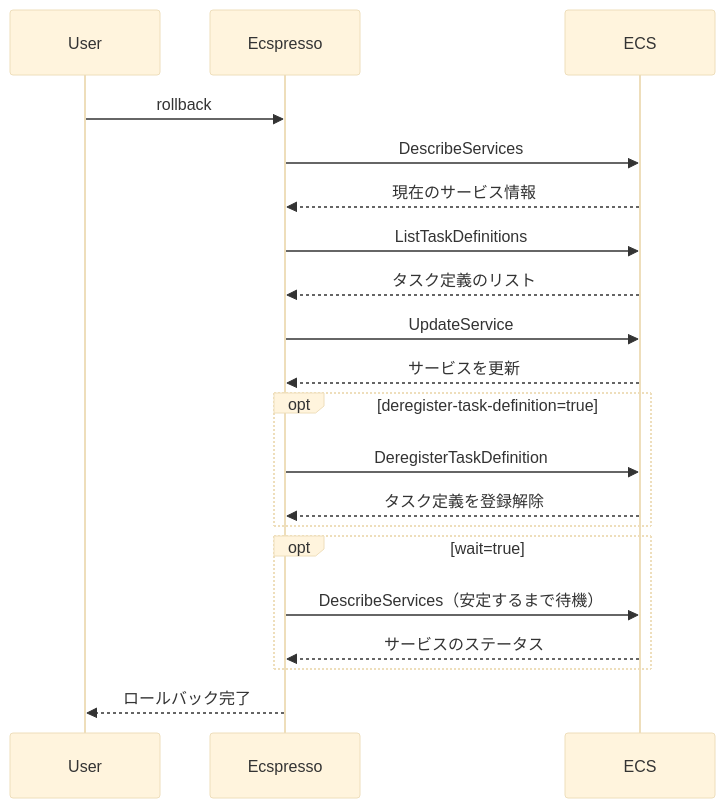
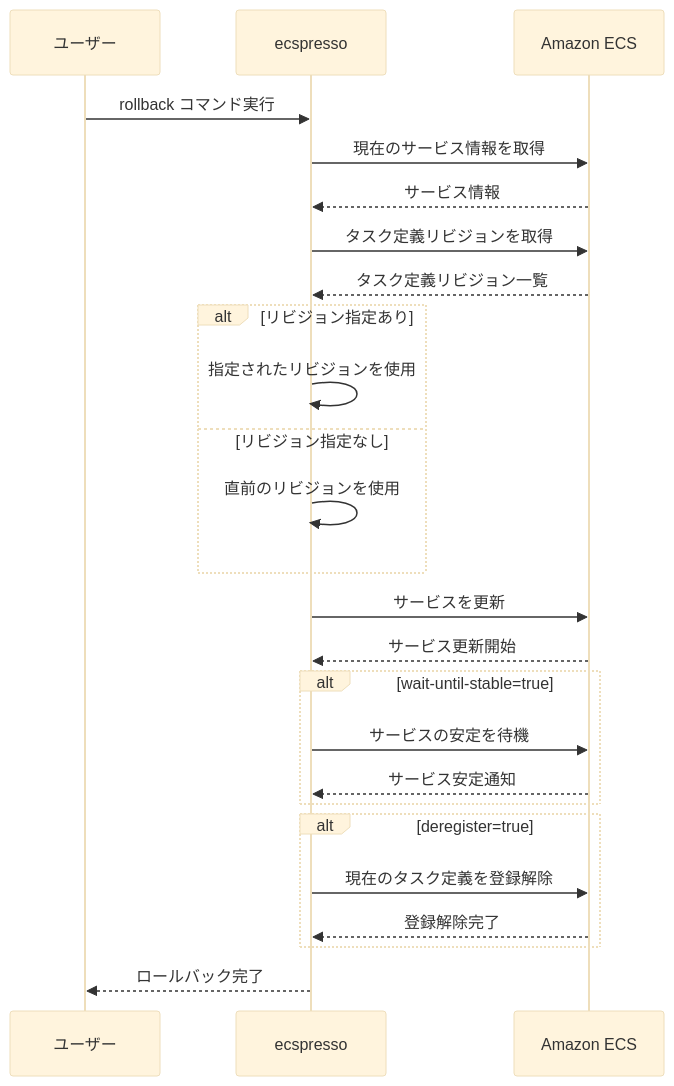
Before and after one commit to bufferings/devin-docs: the diagram in ecspresso/commands/rollback.md, drawn with Mermaid (base theme). The commit also changed other lines of this file and 31 other files, not shown here.

````diff
--- a/ecspresso/commands/rollback.md
+++ b/ecspresso/commands/rollback.md
@@ -64,23 +57,33 @@
 ```mermaid
 sequenceDiagram
-    participant User
-    participant Ecspresso
-    participant ECS
+    participant User as ユーザー
+    participant Ecspresso as ecspresso
+    participant ECS as Amazon ECS
     
-    User->>Ecspresso: rollback
-    Ecspresso->>ECS: DescribeServices
-    ECS-->>Ecspresso: 現在のサービス情報
-    Ecspresso->>ECS: ListTaskDefinitions
-    ECS-->>Ecspresso: タスク定義のリスト
-    Ecspresso->>ECS: UpdateService
-    ECS-->>Ecspresso: サービスを更新
-    opt deregister-task-definition=true
-        Ecspresso->>ECS: DeregisterTaskDefinition
-        ECS-->>Ecspresso: タスク定義を登録解除
+    User->>Ecspresso: rollback コマンド実行
+    Ecspresso->>ECS: 現在のサービス情報を取得
+    ECS-->>Ecspresso: サービス情報
+    Ecspresso->>ECS: タスク定義リビジョンを取得
+    ECS-->>Ecspresso: タスク定義リビジョン一覧
+    
+    alt リビジョン指定あり
+        Ecspresso->>Ecspresso: 指定されたリビジョンを使用
+    else リビジョン指定なし
+        Ecspresso->>Ecspresso: 直前のリビジョンを使用
     end
-    opt wait=true
-        Ecspresso->>ECS: DescribeServices（安定するまで待機）
-        ECS-->>Ecspresso: サービスのステータス
+    
+    Ecspresso->>ECS: サービスを更新
+    ECS-->>Ecspresso: サービス更新開始
+    
+    alt wait-until-stable=true
+        Ecspresso->>ECS: サービスの安定を待機
+        ECS-->>Ecspresso: サービス安定通知
     end
+    
+    alt deregister=true
+        Ecspresso->>ECS: 現在のタスク定義を登録解除
+        ECS-->>Ecspresso: 登録解除完了
+    end
+    
     Ecspresso-->>User: ロールバック完了
 ```
````
